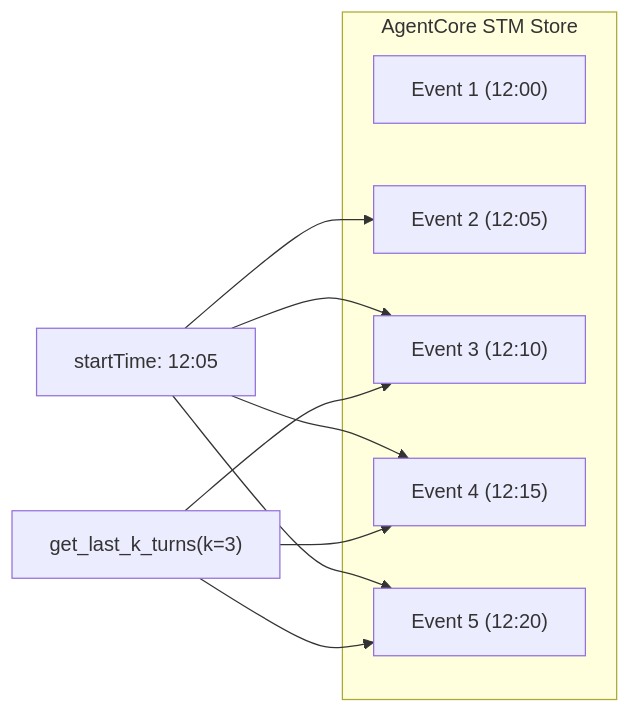
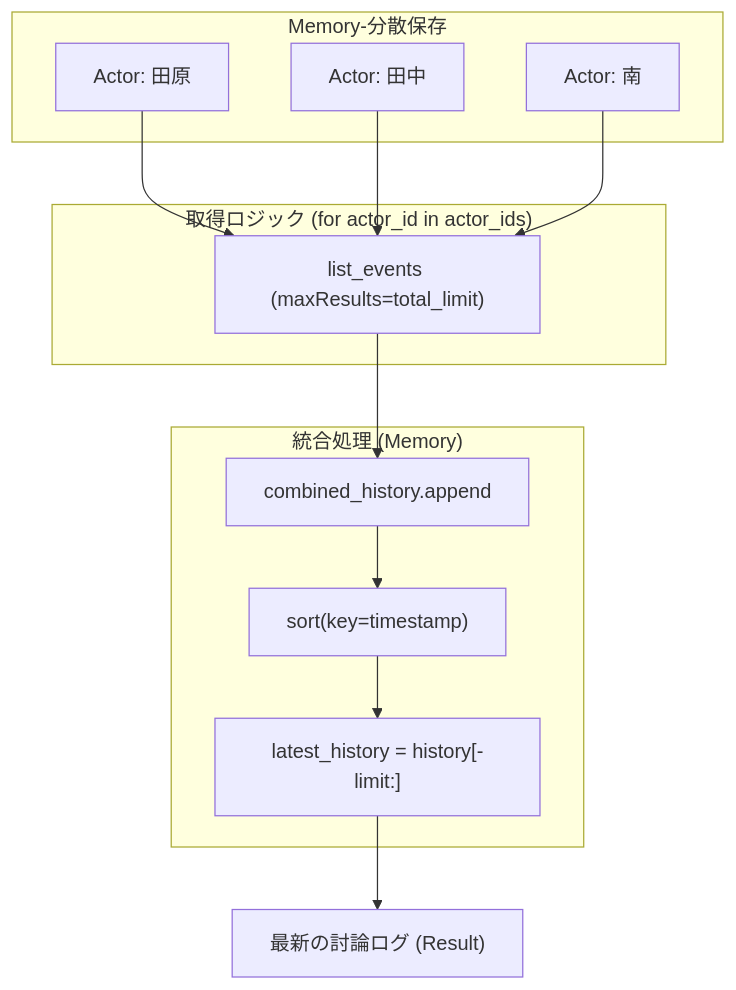
Before and after one commit to awk256/strandsagents: the diagram in 70.サンプルコード/70-30-010-31.短期記憶の検索.md, drawn with Mermaid. The commit also changed other lines of this file and 74 other files, not shown here.

````diff
--- a/70.サンプルコード/70-30-010-31.短期記憶の検索.md
+++ b/70.サンプルコード/70-30-010-31.短期記憶の検索.md
@@ -24,13 +23,24 @@
 ```mermaid
-graph LR
-    subgraph Storage ["AgentCore STM Store"]
-        E1["Event 1 (12:00)"]
-        E2["Event 2 (12:05)"]
-        E3["Event 3 (12:10)"]
-        E4["Event 4 (12:15)"]
-        E5["Event 5 (12:20)"]
+graph TB
+    subgraph Storage ["Memory-分散保存"]
+        A1[Actor: 田原]
+        A2[Actor: 田中]
+        A3[Actor: 南]
     end
 
-    Query1["get_last_k_turns(k=3)"] --> E3 & E4 & E5
-    Query2["startTime: 12:05"] --> E2 & E3 & E4 & E5
+    subgraph Collection ["取得ロジック (for actor_id in actor_ids)"]
+        Fetch["list_events (maxResults=total_limit)"]
+    end
+
+    subgraph Processing ["統合処理 (Memory)"]
+        Merge["combined_history.append"]
+        Sort["sort(key=timestamp)"]
+        Slice["latest_history = history[-limit:]"]
+    end
+
+    A1 & A2 & A3 --> Fetch
+    Fetch --> Merge
+    Merge --> Sort
+    Sort --> Slice
+    Slice --> Output["最新の討論ログ (Result)"]
 ```
````
